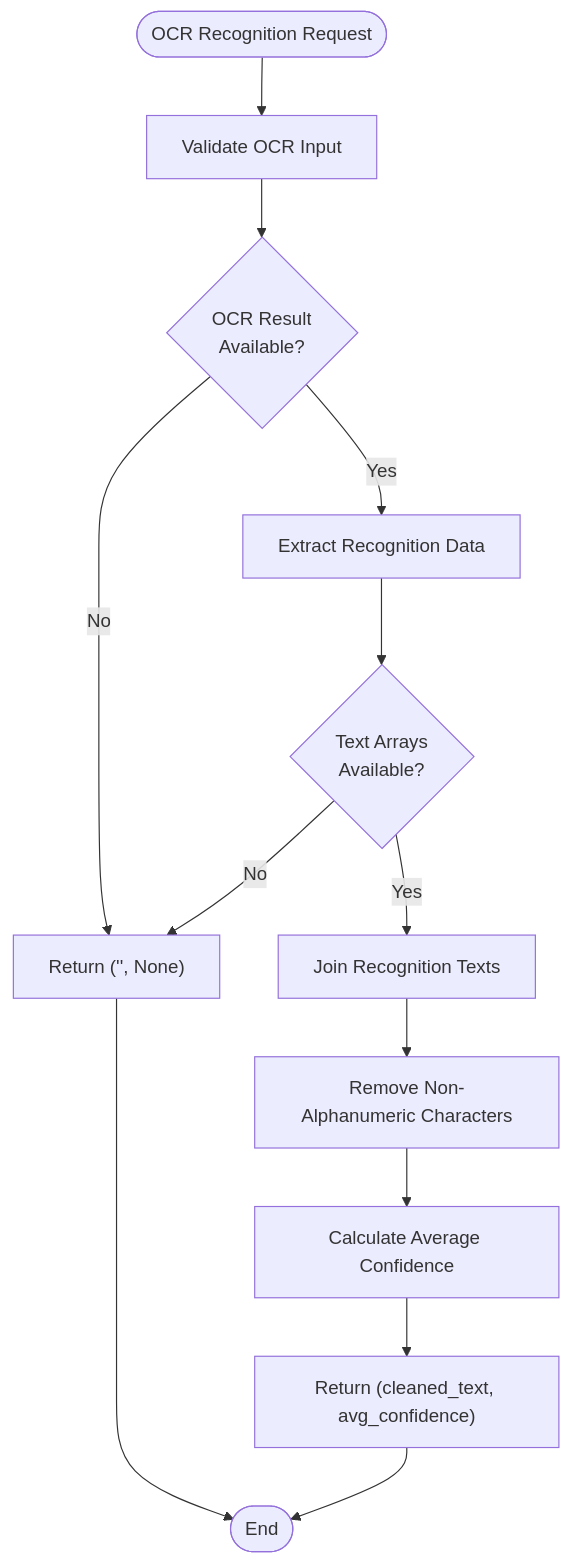
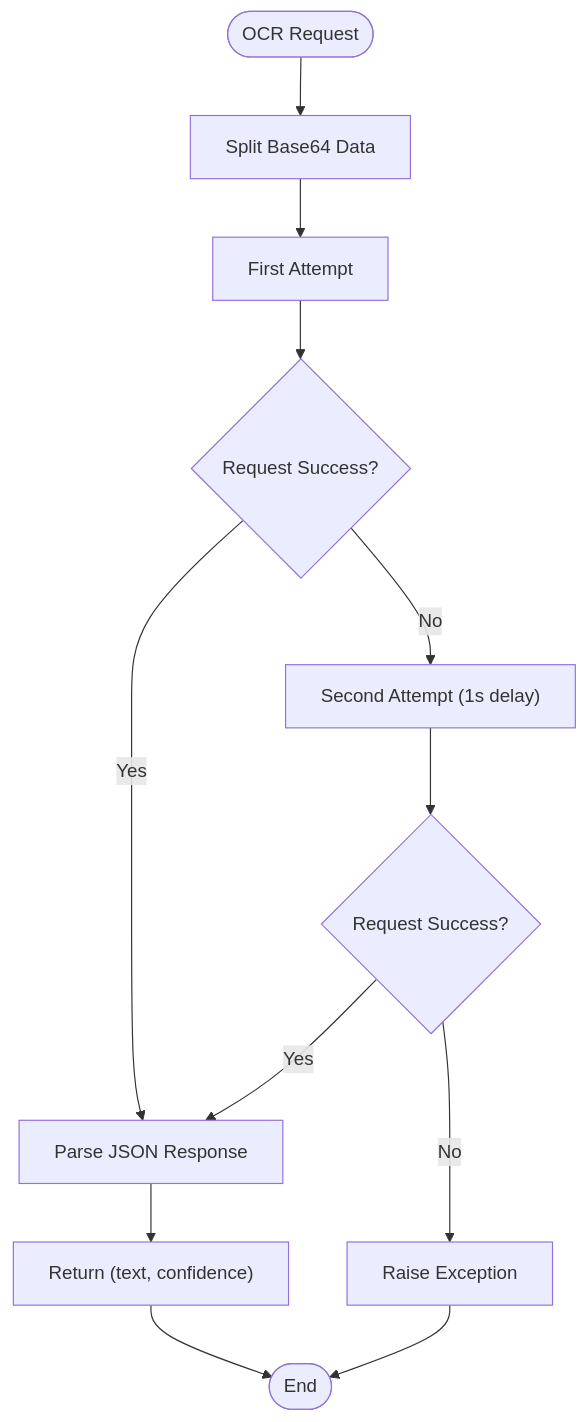
One commit to supotato-ipj/zxgk_auto_query-skill changed the sixth of 17 diagrams in .qoder/repowiki/en/content/Core Architecture/CAPTCHA Solving System.md. Above: the diagram before and after it, drawn with Mermaid. The commit also changed other lines of this file and 24 other files, not shown here.

````diff
--- a/.qoder/repowiki/en/content/Core Architecture/CAPTCHA Solving System.md
+++ b/.qoder/repowiki/en/content/Core Architecture/CAPTCHA Solving System.md
@@ -184,15 +238,14 @@
 ```mermaid
 flowchart TD
-Start([OCR Recognition Request]) --> ValidateInput["Validate OCR Input"]
-ValidateInput --> CheckResult{"OCR Result<br/>Available?"}
-CheckResult --> |No| ReturnEmpty["Return ('', None)"]
-CheckResult --> |Yes| ExtractData["Extract Recognition Data"]
-ExtractData --> CheckTexts{"Text Arrays<br/>Available?"}
-CheckTexts --> |No| ReturnEmpty
-CheckTexts --> |Yes| JoinTexts["Join Recognition Texts"]
-JoinTexts --> CleanText["Remove Non-Alphanumeric Characters"]
-CleanText --> CalcConf["Calculate Average Confidence"]
-CalcConf --> ReturnResult["Return (cleaned_text, avg_confidence)"]
-ReturnEmpty --> End([End])
-ReturnResult --> End
+Start([OCR Request]) --> SplitBase64["Split Base64 Data"]
+SplitBase64 --> FirstAttempt["First Attempt"]
+FirstAttempt --> CheckSuccess{"Request Success?"}
+CheckSuccess --> |Yes| ParseResponse["Parse JSON Response"]
+CheckSuccess --> |No| SecondAttempt["Second Attempt (1s delay)"]
+SecondAttempt --> CheckSuccess2{"Request Success?"}
+CheckSuccess2 --> |Yes| ParseResponse
+CheckSuccess2 --> |No| RaiseError["Raise Exception"]
+ParseResponse --> ReturnResult["Return (text, confidence)"]
+ReturnResult --> End([End])
+RaiseError --> End
 ```
````
